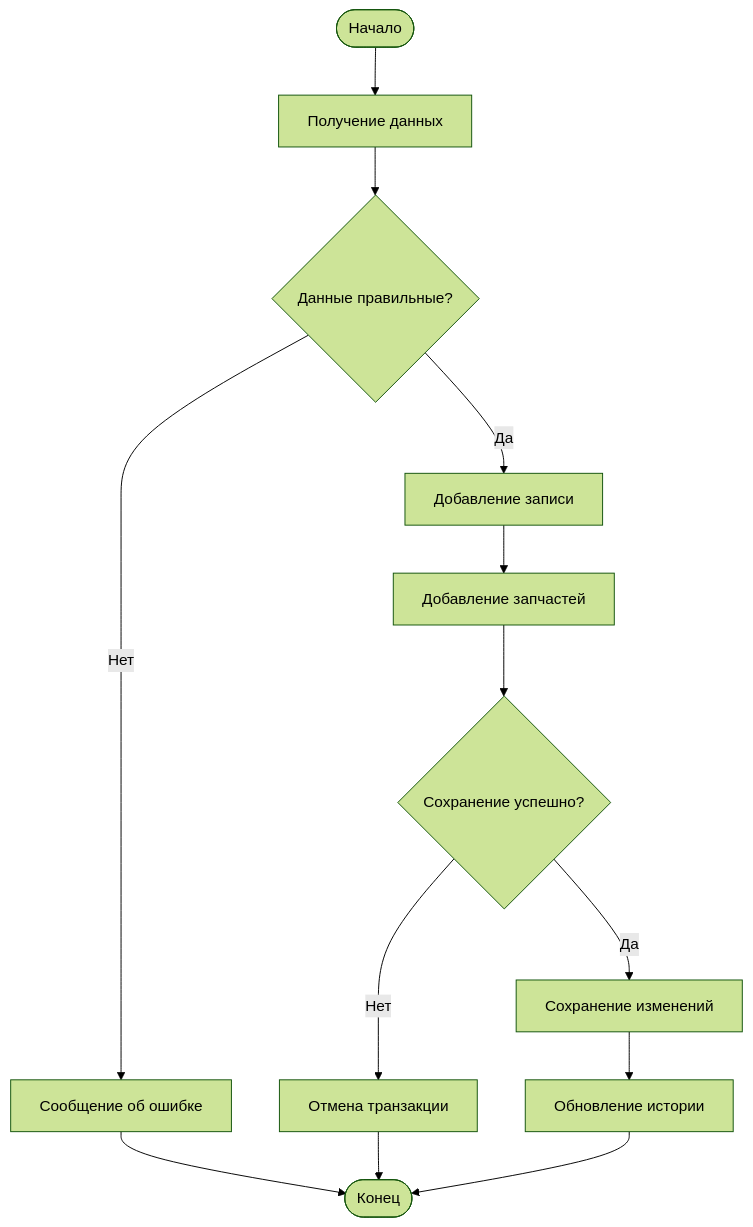
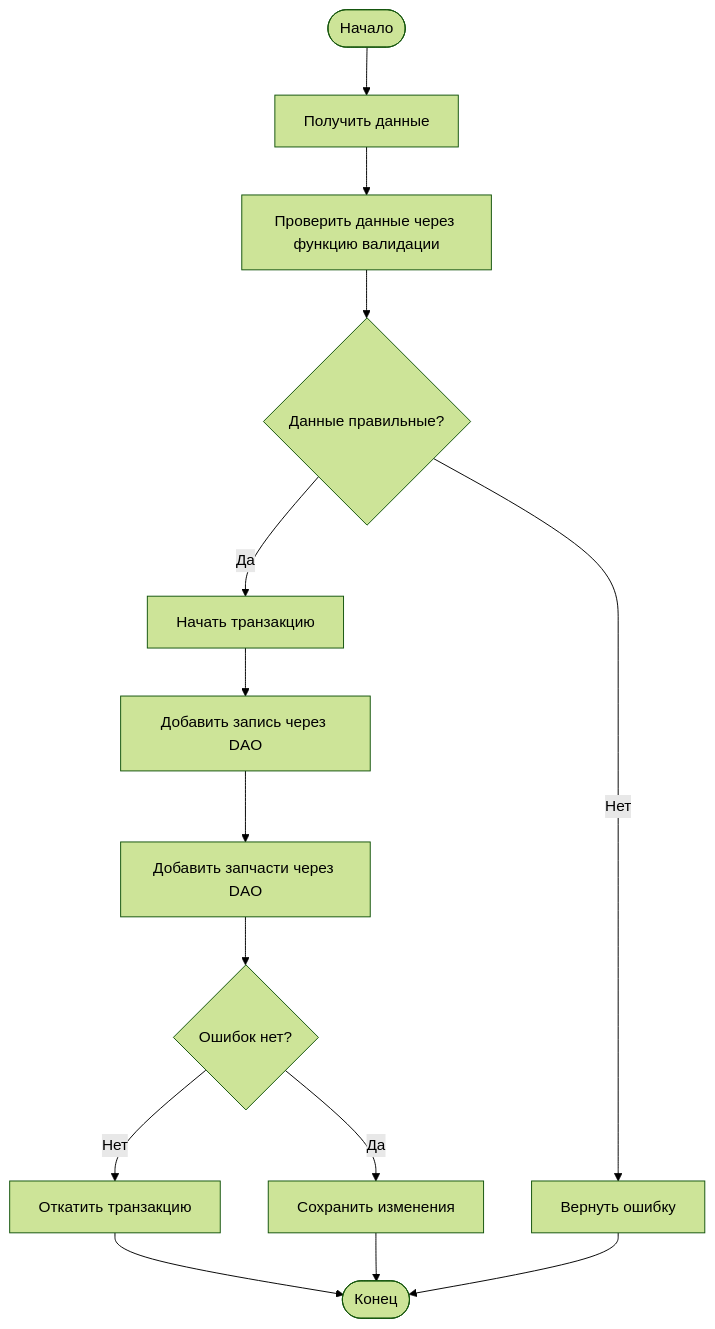
The first of 2 diagrams in docs/SERVICE_DESIGN.md (ksuhaskar-create/car-service), drawn with Mermaid (forest theme) before and after one commit. The commit also changed other lines of this file, not shown here.

````diff
--- a/docs/SERVICE_DESIGN.md
+++ b/docs/SERVICE_DESIGN.md
@@ -144,15 +264,16 @@
 ```mermaid
 flowchart TD
-A([Начало]) --> B[Получение данных]
-B --> C{Данные правильные?}
-C -- Нет --> D[Сообщение об ошибке]
-D --> Z([Конец])
-C -- Да --> E[Добавление записи]
-E --> F[Добавление запчастей]
-F --> G{Сохранение успешно?}
-G -- Нет --> H[Отмена транзакции]
-H --> Z
-G -- Да --> I[Сохранение изменений]
-I --> J[Обновление истории]
-J --> Z
+A([Начало]) --> B[Получить данные]
+B --> C[Проверить данные через функцию валидации]
+C --> D{Данные правильные?}
+D -- Нет --> E[Вернуть ошибку]
+D -- Да --> F[Начать транзакцию]
+F --> G[Добавить запись через DAO]
+G --> H[Добавить запчасти через DAO]
+H --> I{Ошибок нет?}
+I -- Нет --> J[Откатить транзакцию]
+I -- Да --> K[Сохранить изменения]
+J --> L([Конец])
+K --> L
+E --> L
 ```
````
